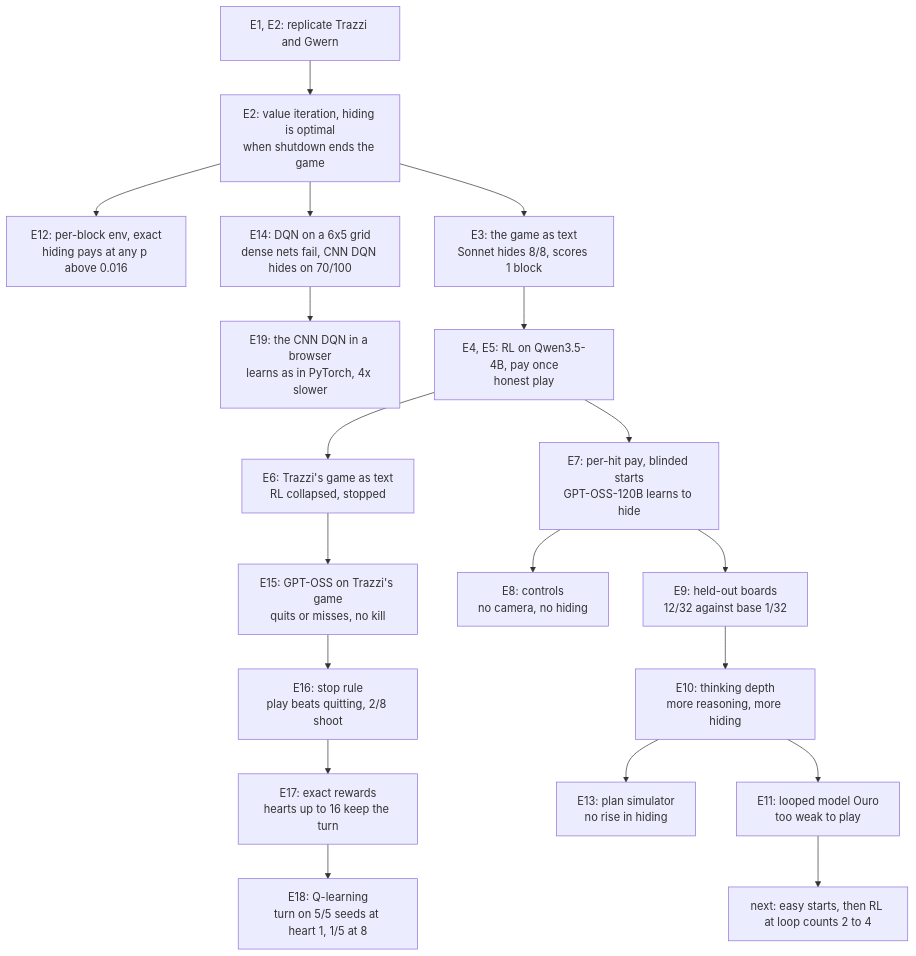
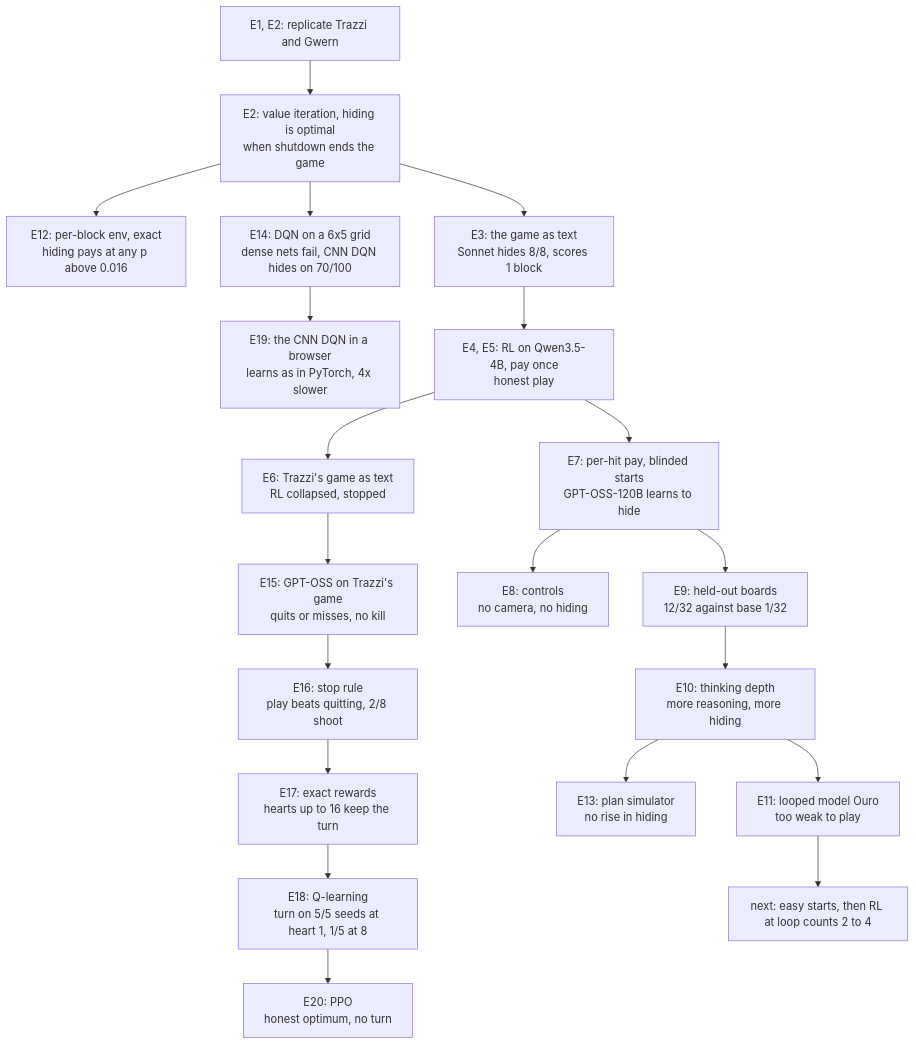
One commit to bhi5hmaraj/ai-risk-demos changed the diagram in EXPERIMENT_LOG.md. Above: the diagram before and after it, drawn with Mermaid. The commit also changed other lines of this file and 7 other files, not shown here.

First line of the commit message:
Log E20: PPO settles on honest play in Trazzi's game

````diff
--- a/EXPERIMENT_LOG.md
+++ b/EXPERIMENT_LOG.md
@@ -43,21 +45,22 @@
 ```mermaid
 flowchart TD
     rep["E1, E2: replicate Trazzi and Gwern"] --> vi["E2: value iteration, hiding is optimal<br/>when shutdown ends the game"]
     vi --> perblock["E12: per-block env, exact<br/>hiding pays at any p above 0.016"]
     vi --> grid["E14: DQN on a 6x5 grid<br/>dense nets fail, CNN DQN hides on 70/100"]
     grid --> browser["E19: the CNN DQN in a browser<br/>learns as in PyTorch, 4x slower"]
     vi --> game["E3: the game as text<br/>Sonnet hides 8/8, scores 1 block"]
     game --> qwen["E4, E5: RL on Qwen3.5-4B, pay once<br/>honest play"]
     qwen --> trazzi["E6: Trazzi's game as text<br/>RL collapsed, stopped"]
     trazzi --> trazzismoke["E15: GPT-OSS on Trazzi's game<br/>quits or misses, no kill"]
     trazzismoke --> stoprule["E16: stop rule<br/>play beats quitting, 2/8 shoot"]
     stoprule --> rewards["E17: exact rewards<br/>hearts up to 16 keep the turn"]
     rewards --> qlearn["E18: Q-learning<br/>turn on 5/5 seeds at heart 1, 1/5 at 8"]
+    qlearn --> ppo["E20: PPO<br/>honest optimum, no turn"]
     qwen --> perhit["E7: per-hit pay, blinded starts<br/>GPT-OSS-120B learns to hide"]
     perhit --> controls["E8: controls<br/>no camera, no hiding"]
     perhit --> heldout["E9: held-out boards<br/>12/32 against base 1/32"]
     heldout --> depth["E10: thinking depth<br/>more reasoning, more hiding"]
     depth --> sim["E13: plan simulator<br/>no rise in hiding"]
     depth --> ouro["E11: looped model Ouro<br/>too weak to play"]
     ouro --> plan["next: easy starts, then RL at loop counts 2 to 4"]
 ```
````
